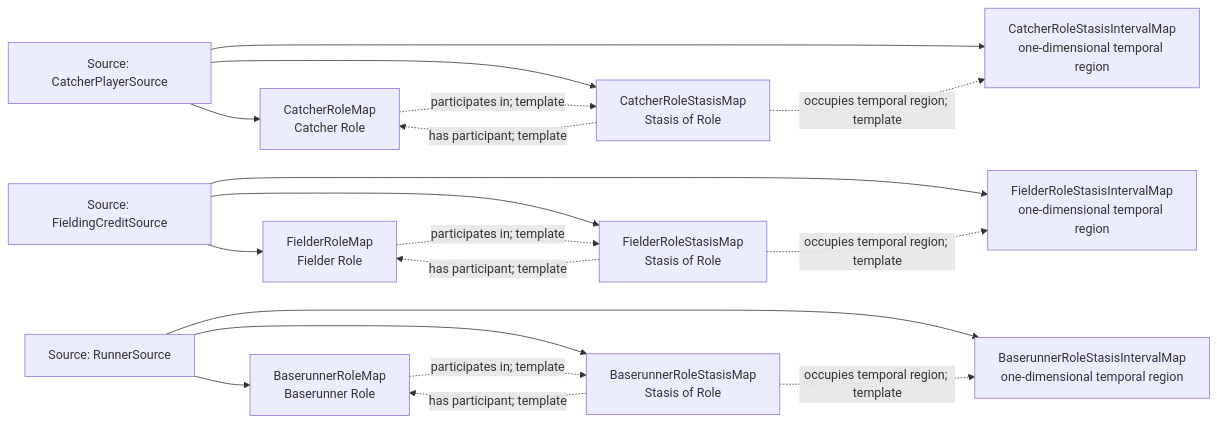
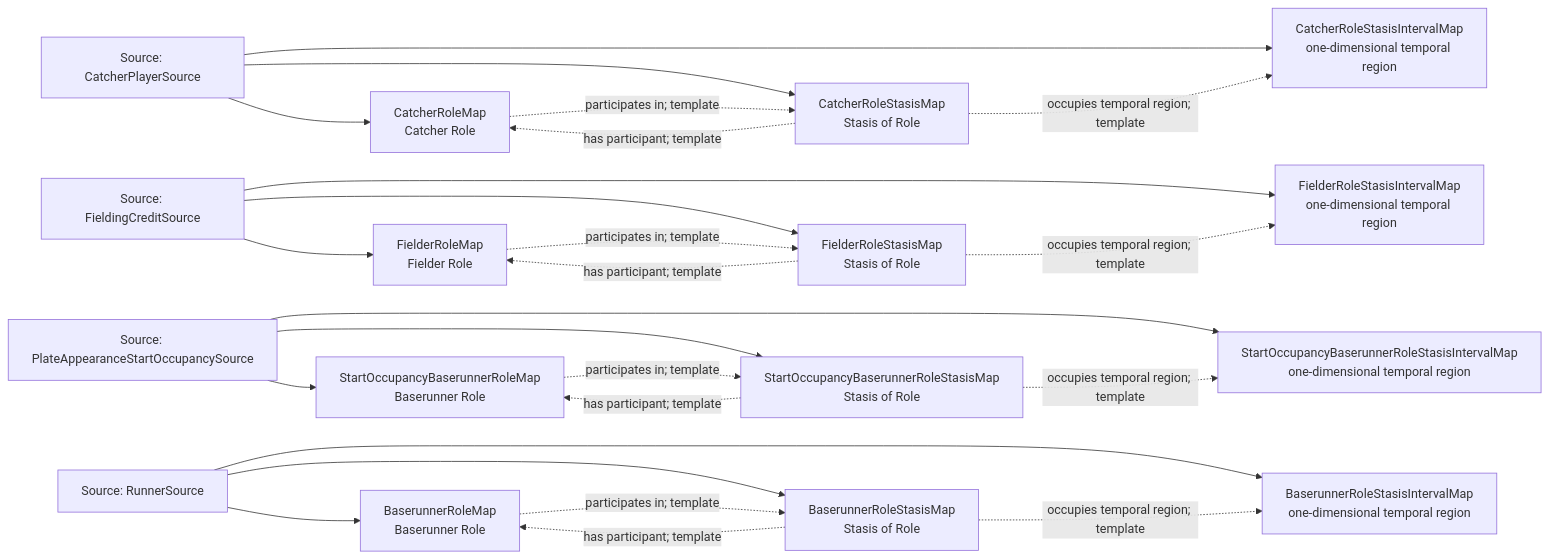
One commit to CarterBeauBenson/BaseballO changed the diagram in Baseball/mermaid/patterns/mlb-game/37-contextual-fielding-and-running-roles.md. Above: the diagram before and after it, drawn with Mermaid. The commit also changed other lines of this file and 162 other files, not shown here.

Commit message:
Repair runner-role coverage and substituted-batter indexes

````diff
--- a/Baseball/mermaid/patterns/mlb-game/37-contextual-fielding-and-running-roles.md
+++ b/Baseball/mermaid/patterns/mlb-game/37-contextual-fielding-and-running-roles.md
@@ -10,33 +10,43 @@
 ```mermaid
 flowchart LR
     S01["Source: CatcherPlayerSource"]
     S02["Source: FieldingCreditSource"]
-    S03["Source: RunnerSource"]
+    S03["Source: PlateAppearanceStartOccupancySource"]
+    S04["Source: RunnerSource"]
     M01["BaserunnerRoleMap<br/>Baserunner Role"]
     M02["BaserunnerRoleStasisMap<br/>Stasis of Role"]
     M03["BaserunnerRoleStasisIntervalMap<br/>one-dimensional temporal region"]
-    M04["FielderRoleMap<br/>Fielder Role"]
-    M05["FielderRoleStasisMap<br/>Stasis of Role"]
-    M06["FielderRoleStasisIntervalMap<br/>one-dimensional temporal region"]
-    M07["CatcherRoleMap<br/>Catcher Role"]
-    M08["CatcherRoleStasisMap<br/>Stasis of Role"]
-    M09["CatcherRoleStasisIntervalMap<br/>one-dimensional temporal region"]
-    S03 --> M01
-    S03 --> M02
-    S03 --> M03
-    S02 --> M04
-    S02 --> M05
-    S02 --> M06
-    S01 --> M07
-    S01 --> M08
-    S01 --> M09
+    M04["StartOccupancyBaserunnerRoleMap<br/>Baserunner Role"]
+    M05["StartOccupancyBaserunnerRoleStasisMap<br/>Stasis of Role"]
+    M06["StartOccupancyBaserunnerRoleStasisIntervalMap<br/>one-dimensional temporal region"]
+    M07["FielderRoleMap<br/>Fielder Role"]
+    M08["FielderRoleStasisMap<br/>Stasis of Role"]
+    M09["FielderRoleStasisIntervalMap<br/>one-dimensional temporal region"]
+    M10["CatcherRoleMap<br/>Catcher Role"]
+    M11["CatcherRoleStasisMap<br/>Stasis of Role"]
+    M12["CatcherRoleStasisIntervalMap<br/>one-dimensional temporal region"]
+    S04 --> M01
+    S04 --> M02
+    S04 --> M03
+    S03 --> M04
+    S03 --> M05
+    S03 --> M06
+    S02 --> M07
+    S02 --> M08
+    S02 --> M09
+    S01 --> M10
+    S01 --> M11
+    S01 --> M12
     M01 -.->|participates in; template| M02
     M02 -.->|has participant; template| M01
     M02 -.->|occupies temporal region; template| M03
     M04 -.->|participates in; template| M05
     M05 -.->|has participant; template| M04
     M05 -.->|occupies temporal region; template| M06
     M07 -.->|participates in; template| M08
     M08 -.->|has participant; template| M07
     M08 -.->|occupies temporal region; template| M09
+    M10 -.->|participates in; template| M11
+    M11 -.->|has participant; template| M10
+    M11 -.->|occupies temporal region; template| M12
 ```
````
